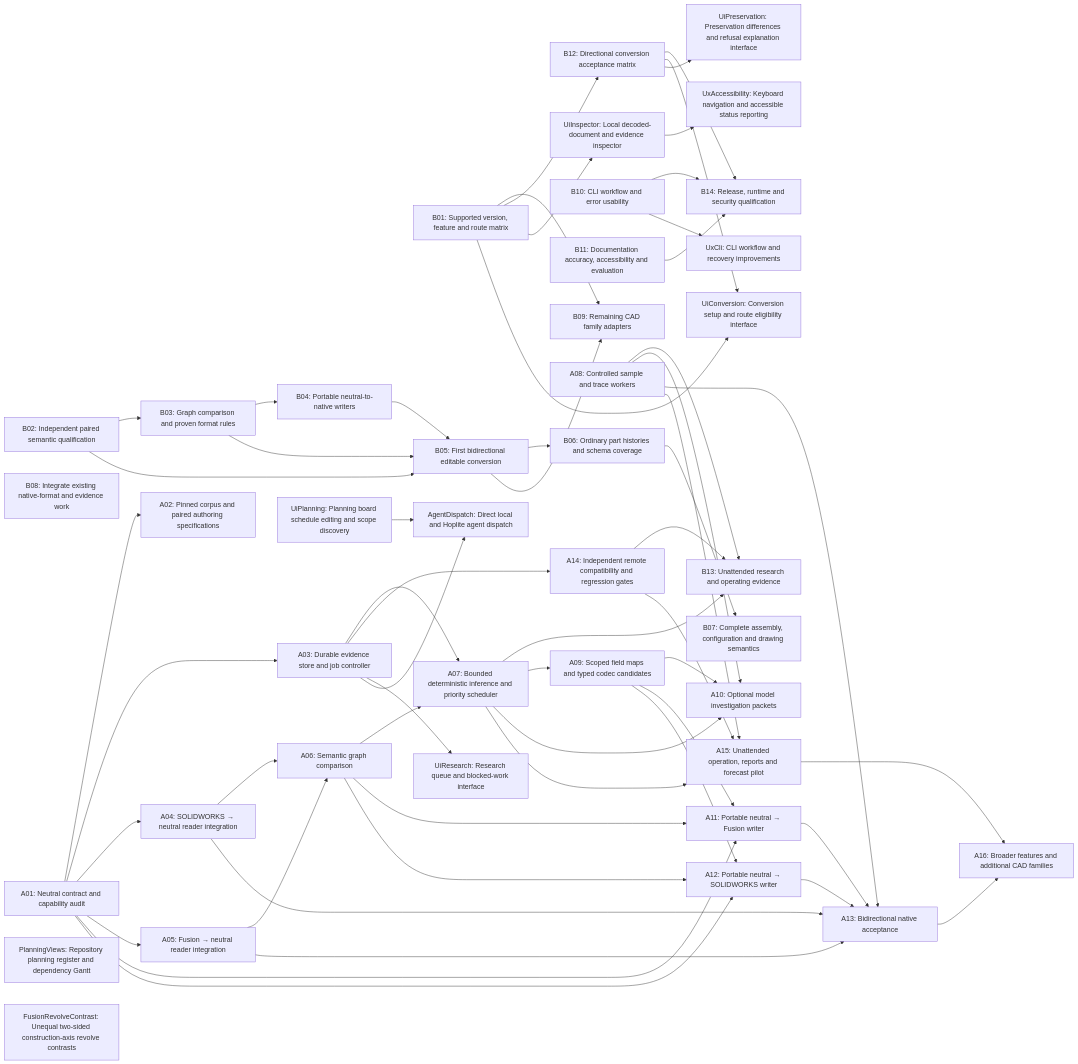
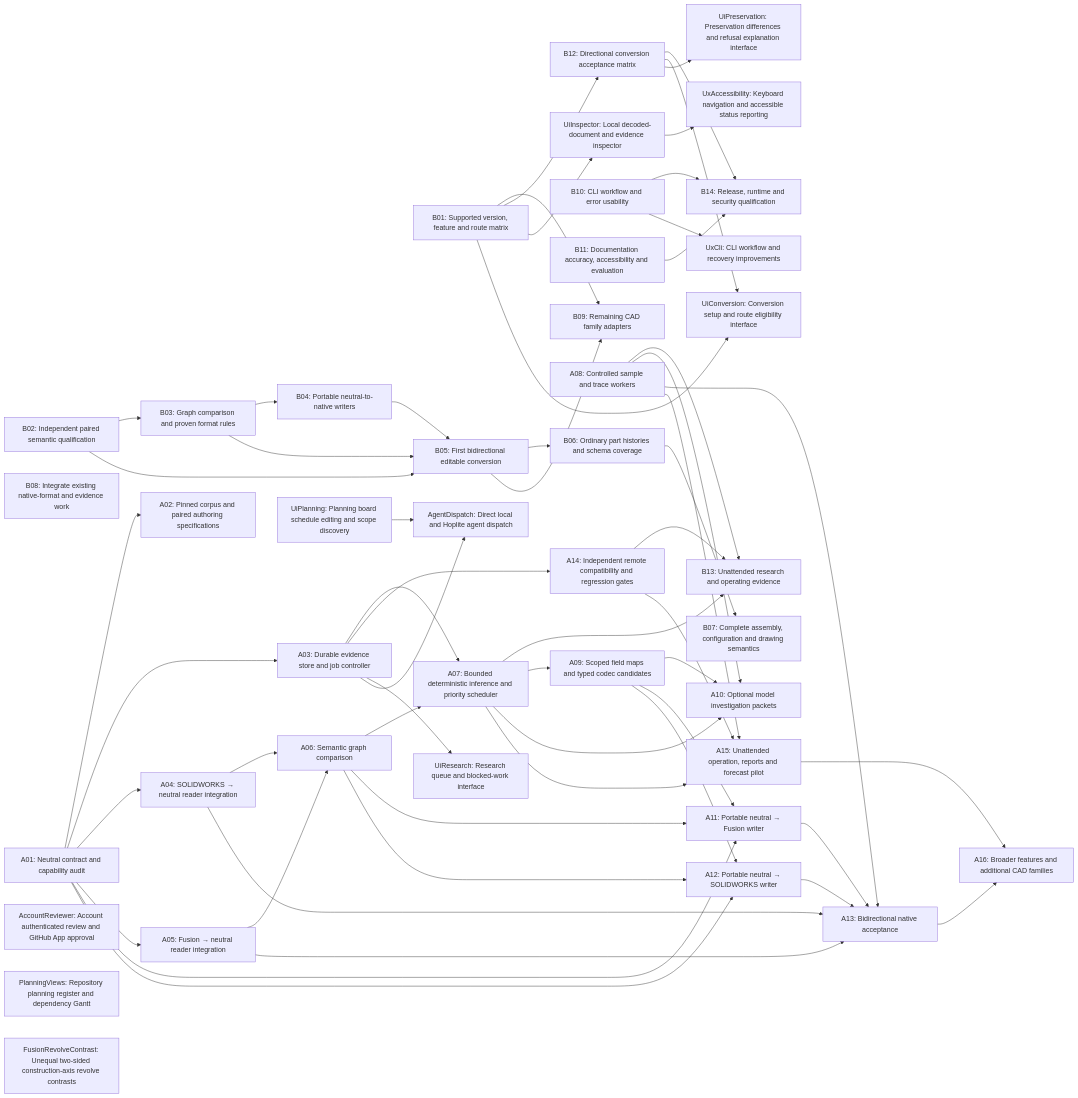
One commit to TryUniCAD/Kit changed the diagram in Documentation/Planning/Generated/Dependencies.mmd. Above: the diagram before and after it, drawn with Mermaid. The commit also changed 44 other files, not shown here.

Commit message:
feat(review): add account authenticated github app reviewer

```diff
--- a/Documentation/Planning/Generated/Dependencies.mmd
+++ b/Documentation/Planning/Generated/Dependencies.mmd
@@ -1,95 +1,96 @@
 flowchart LR
   B01["B01: Supported version, feature and route matrix"]
   B02["B02: Independent paired semantic qualification"]
   B03["B03: Graph comparison and proven format rules"]
   B02 --> B03
   B04["B04: Portable neutral-to-native writers"]
   B03 --> B04
   B05["B05: First bidirectional editable conversion"]
   B02 --> B05
   B03 --> B05
   B04 --> B05
   B06["B06: Ordinary part histories and schema coverage"]
   B05 --> B06
   B07["B07: Complete assembly, configuration and drawing semantics"]
   B06 --> B07
   B08["B08: Integrate existing native-format and evidence work"]
   B09["B09: Remaining CAD family adapters"]
   B01 --> B09
   B05 --> B09
   B10["B10: CLI workflow and error usability"]
   B11["B11: Documentation accuracy, accessibility and evaluation"]
   B12["B12: Directional conversion acceptance matrix"]
   B01 --> B12
   B13["B13: Unattended research and operating evidence"]
   A07 --> B13
   A08 --> B13
   A14 --> B13
   B14["B14: Release, runtime and security qualification"]
   B10 --> B14
   B11 --> B14
   B12 --> B14
   A01["A01: Neutral contract and capability audit"]
   A02["A02: Pinned corpus and paired authoring specifications"]
   A01 --> A02
   A03["A03: Durable evidence store and job controller"]
   A01 --> A03
   A04["A04: SOLIDWORKS → neutral reader integration"]
   A01 --> A04
   A05["A05: Fusion → neutral reader integration"]
   A01 --> A05
   A06["A06: Semantic graph comparison"]
   A04 --> A06
   A05 --> A06
   A07["A07: Bounded deterministic inference and priority scheduler"]
   A03 --> A07
   A06 --> A07
   A08["A08: Controlled sample and trace workers"]
   A09["A09: Scoped field maps and typed codec candidates"]
   A07 --> A09
   A10["A10: Optional model investigation packets"]
   A07 --> A10
   A08 --> A10
   A09 --> A10
   A11["A11: Portable neutral → Fusion writer"]
   A01 --> A11
   A06 --> A11
   A09 --> A11
   A12["A12: Portable neutral → SOLIDWORKS writer"]
   A01 --> A12
   A06 --> A12
   A09 --> A12
   A13["A13: Bidirectional native acceptance"]
   A04 --> A13
   A05 --> A13
   A08 --> A13
   A11 --> A13
   A12 --> A13
   A14["A14: Independent remote compatibility and regression gates"]
   A03 --> A14
   A15["A15: Unattended operation, reports and forecast pilot"]
   A07 --> A15
   A08 --> A15
   A14 --> A15
   A16["A16: Broader features and additional CAD families"]
   A13 --> A16
   A15 --> A16
+  AccountReviewer["AccountReviewer: Account authenticated review and GitHub App approval"]
   PlanningViews["PlanningViews: Repository planning register and dependency Gantt"]
   FusionRevolveContrast["FusionRevolveContrast: Unequal two-sided construction-axis revolve contrasts"]
   UiInspector["UiInspector: Local decoded-document and evidence inspector"]
   B01 --> UiInspector
   UiConversion["UiConversion: Conversion setup and route eligibility interface"]
   B01 --> UiConversion
   B12 --> UiConversion
   UiPreservation["UiPreservation: Preservation differences and refusal explanation interface"]
   B12 --> UiPreservation
   UiResearch["UiResearch: Research queue and blocked-work interface"]
   A03 --> UiResearch
   UxAccessibility["UxAccessibility: Keyboard navigation and accessible status reporting"]
   UiInspector --> UxAccessibility
   UxCli["UxCli: CLI workflow and recovery improvements"]
   B10 --> UxCli
   UiPlanning["UiPlanning: Planning board schedule editing and scope discovery"]
   AgentDispatch["AgentDispatch: Direct local and Hoplite agent dispatch"]
   A03 --> AgentDispatch
   UiPlanning --> AgentDispatch
```
